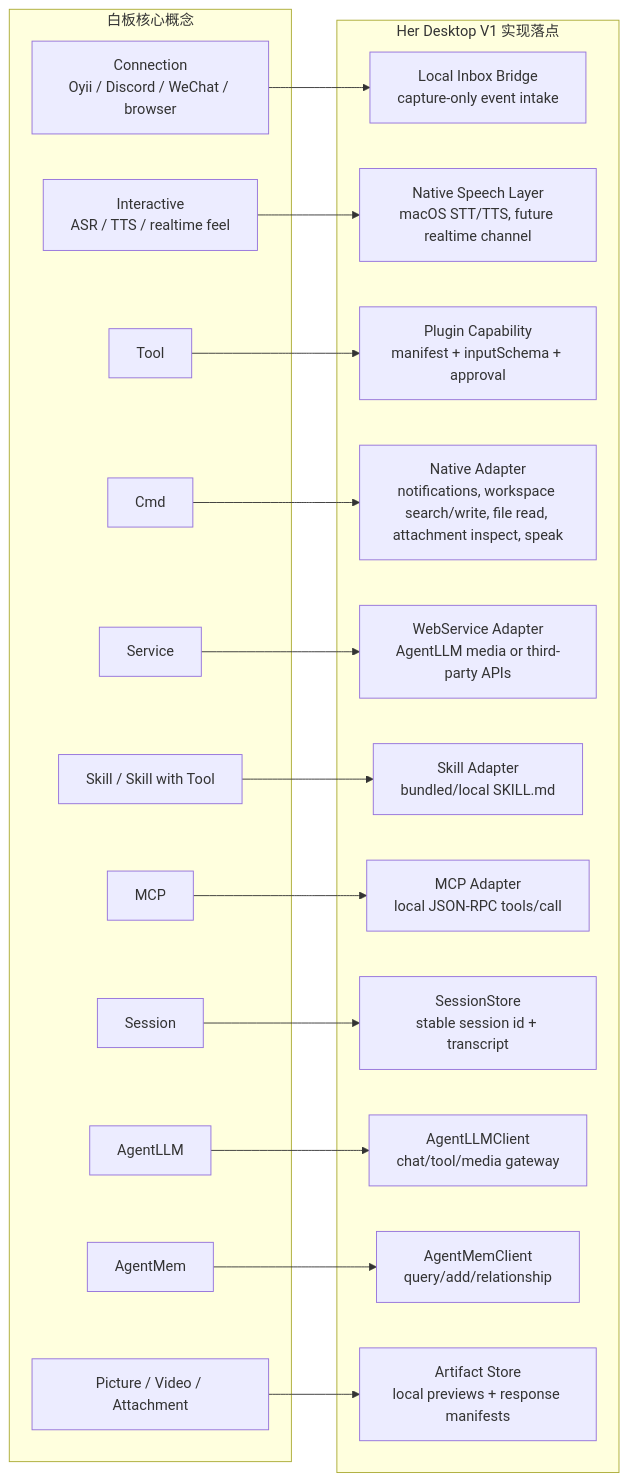
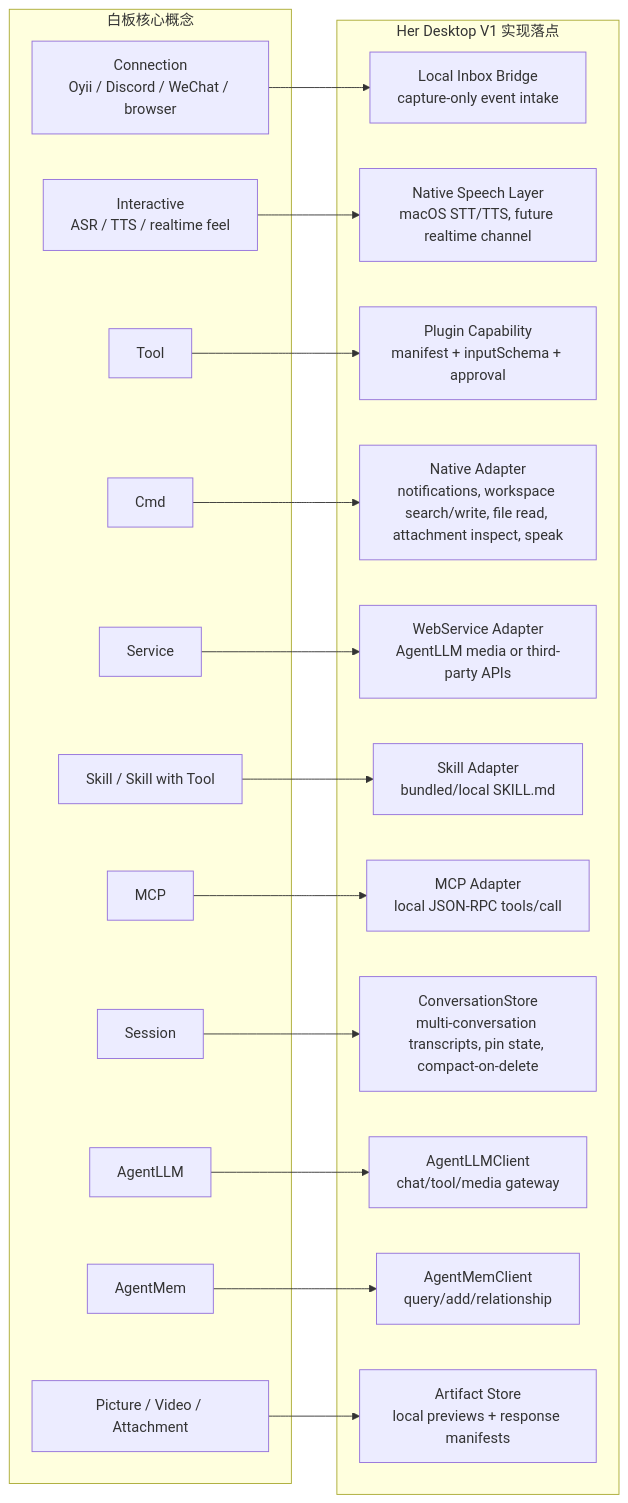
The third of 7 diagrams in docs/her-desktop-architecture.md (stelee410/her-desktop), drawn with Mermaid before and after one commit. The commit also changed other lines of this file and 3 other files, not shown here.

````diff
--- a/docs/her-desktop-architecture.md
+++ b/docs/her-desktop-architecture.md
@@ -225,42 +225,42 @@
 ```mermaid
 flowchart LR
     subgraph sketch["白板核心概念"]
         connection["Connection<br/>Oyii / Discord / WeChat / browser"]
         interactive["Interactive<br/>ASR / TTS / realtime feel"]
         tool["Tool"]
         cmd["Cmd"]
         service["Service"]
         skill["Skill / Skill with Tool"]
         mcp2["MCP"]
         session2["Session"]
         agentLLM["AgentLLM"]
         agentMem["AgentMem"]
         media["Picture / Video / Attachment"]
     end
 
     subgraph implementation["Her Desktop V1 实现落点"]
         inbox2["Local Inbox Bridge<br/>capture-only event intake"]
         speech["Native Speech Layer<br/>macOS STT/TTS, future realtime channel"]
         cap["Plugin Capability<br/>manifest + inputSchema + approval"]
         native2["Native Adapter<br/>notifications, workspace search/write, file read, attachment inspect, speak"]
         webservice2["WebService Adapter<br/>AgentLLM media or third-party APIs"]
         skill2["Skill Adapter<br/>bundled/local SKILL.md"]
         mcpAdapter["MCP Adapter<br/>local JSON-RPC tools/call"]
-        sessionStore["SessionStore<br/>stable session id + transcript"]
+        sessionStore["ConversationStore<br/>multi-conversation transcripts, pin state, compact-on-delete"]
         llmClient["AgentLLMClient<br/>chat/tool/media gateway"]
         memClient["AgentMemClient<br/>query/add/relationship"]
         artifactStore["Artifact Store<br/>local previews + response manifests"]
     end
 
     connection --> inbox2
     interactive --> speech
     tool --> cap
     cmd --> native2
     service --> webservice2
     skill --> skill2
     mcp2 --> mcpAdapter
     session2 --> sessionStore
     agentLLM --> llmClient
     agentMem --> memClient
     media --> artifactStore
 ```
````
